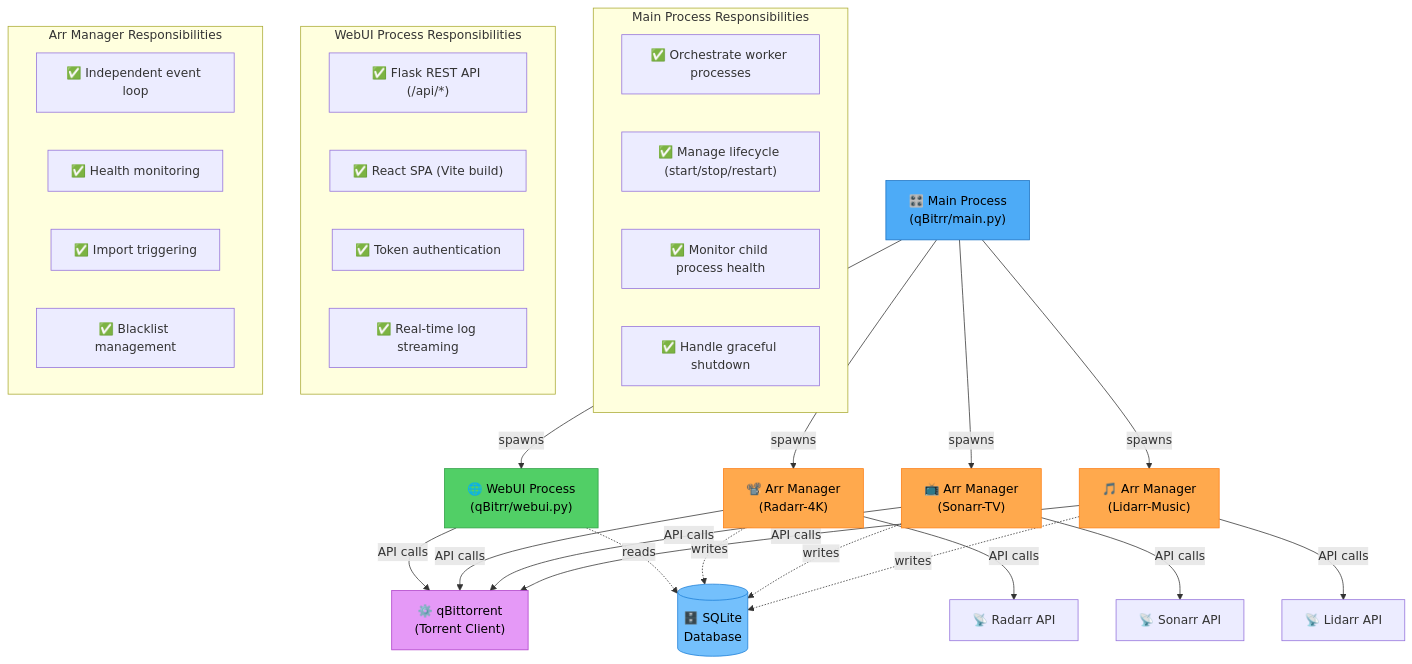
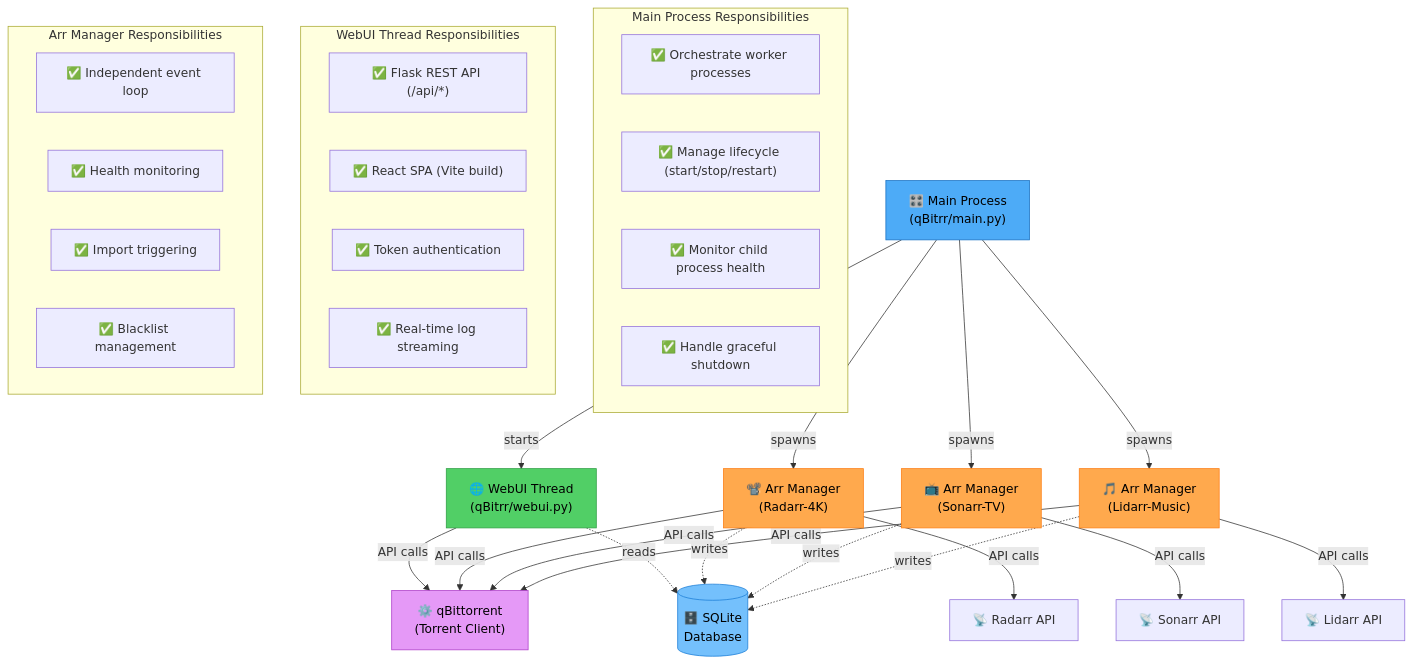
Before and after one commit to Feramance/qBitrr: the first of 6 diagrams in docs/advanced/architecture.md, drawn with Mermaid. The commit also changed other lines of this file and 7 other files, not shown here.

First line of the commit message:
docs: Fix remaining X-API-Token, WebUI thread, and API response issues

````diff
--- a/docs/advanced/architecture.md
+++ b/docs/advanced/architecture.md
@@ -9,52 +9,52 @@
 ```mermaid
 graph TB
     Main["🎛️ Main Process<br/>(qBitrr/main.py)"]
 
-    Main -->|spawns| WebUI["🌐 WebUI Process<br/>(qBitrr/webui.py)"]
+    Main -->|starts| WebUI["🌐 WebUI Thread<br/>(qBitrr/webui.py)"]
     Main -->|spawns| Radarr["📽️ Arr Manager<br/>(Radarr-4K)"]
     Main -->|spawns| Sonarr["📺 Arr Manager<br/>(Sonarr-TV)"]
     Main -->|spawns| Lidarr["🎵 Arr Manager<br/>(Lidarr-Music)"]
 
     WebUI -->|API calls| QBT["⚙️ qBittorrent<br/>(Torrent Client)"]
     Radarr -->|API calls| QBT
     Sonarr -->|API calls| QBT
     Lidarr -->|API calls| QBT
 
     Radarr -->|API calls| RadarrAPI["📡 Radarr API"]
     Sonarr -->|API calls| SonarrAPI["📡 Sonarr API"]
     Lidarr -->|API calls| LidarrAPI["📡 Lidarr API"]
 
     WebUI -.->|reads| DB[(🗄️ SQLite<br/>Database)]
     Radarr -.->|writes| DB
     Sonarr -.->|writes| DB
     Lidarr -.->|writes| DB
 
     subgraph "Main Process Responsibilities"
         M1["✅ Orchestrate worker processes"]
         M2["✅ Manage lifecycle (start/stop/restart)"]
         M3["✅ Monitor child process health"]
         M4["✅ Handle graceful shutdown"]
     end
 
-    subgraph "WebUI Process Responsibilities"
+    subgraph "WebUI Thread Responsibilities"
         W1["✅ Flask REST API (/api/*)"]
         W2["✅ React SPA (Vite build)"]
         W3["✅ Token authentication"]
         W4["✅ Real-time log streaming"]
     end
 
     subgraph "Arr Manager Responsibilities"
         A1["✅ Independent event loop"]
         A2["✅ Health monitoring"]
         A3["✅ Import triggering"]
         A4["✅ Blacklist management"]
     end
 
     style Main fill:#4dabf7,stroke:#1971c2,color:#000
     style WebUI fill:#51cf66,stroke:#2f9e44,color:#000
     style Radarr fill:#ffa94d,stroke:#fd7e14,color:#000
     style Sonarr fill:#ffa94d,stroke:#fd7e14,color:#000
     style Lidarr fill:#ffa94d,stroke:#fd7e14,color:#000
     style QBT fill:#e599f7,stroke:#ae3ec9,color:#000
     style DB fill:#74c0fc,stroke:#1c7ed6,color:#000
 ```
````
